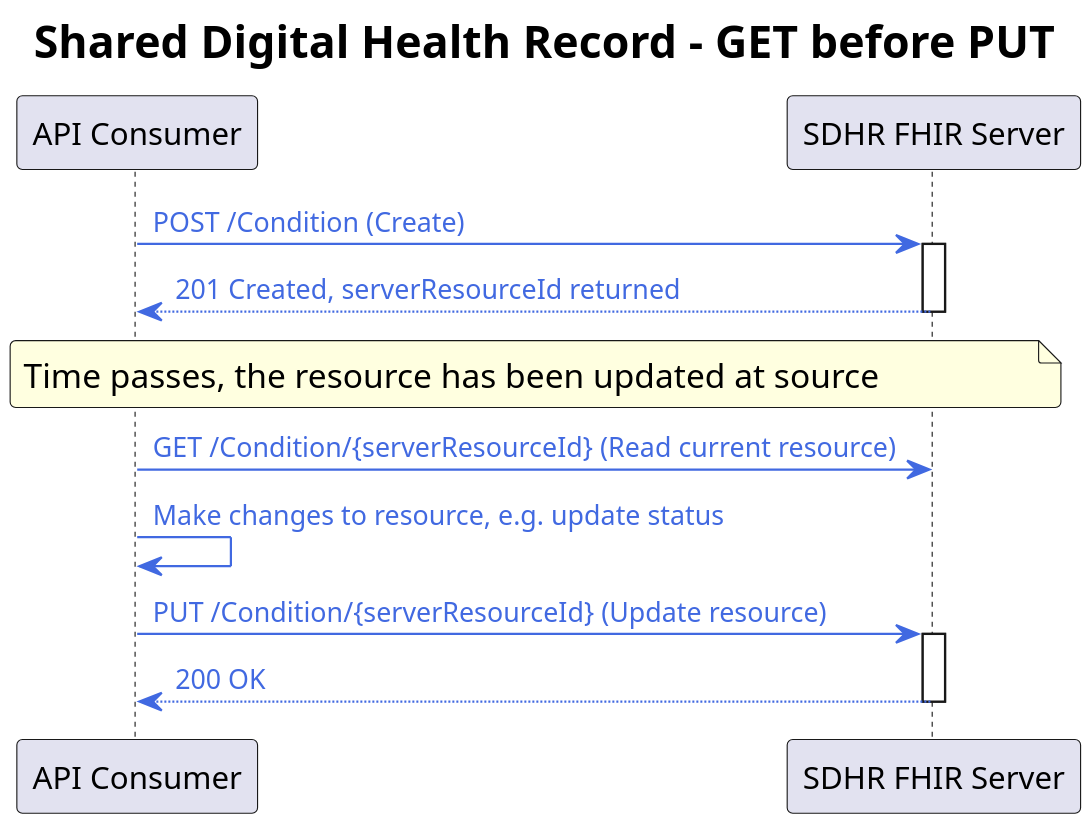
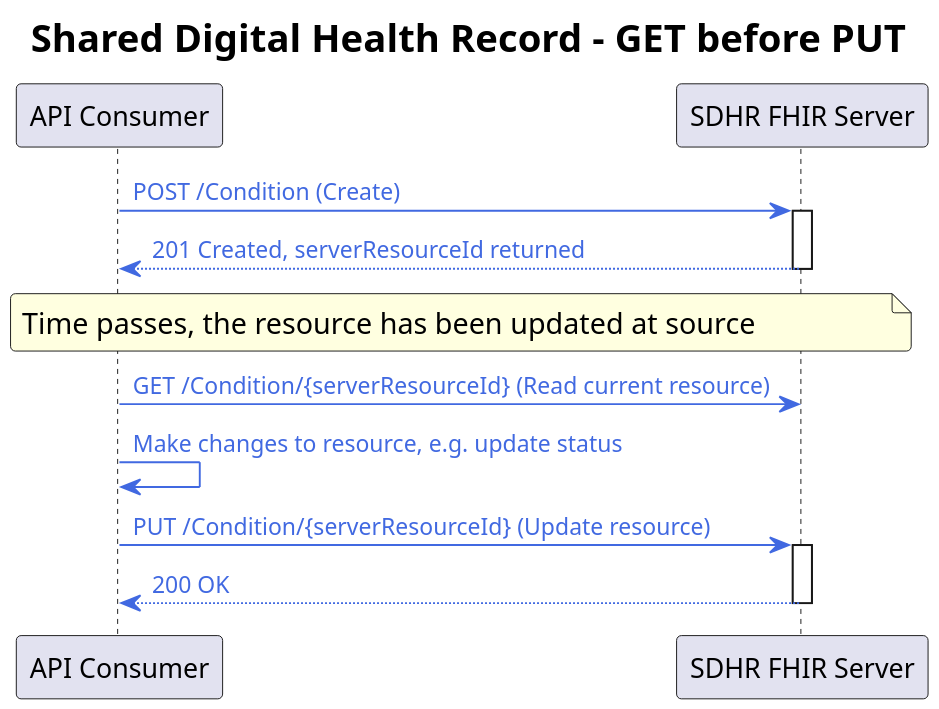
One commit to tewhatuora/fhir-sdhr changed the diagram in input/images-source/get-before-put.plantuml. Above: the diagram before and after it, drawn with PlantUML. The commit also changed 8 other files, not shown here.

```diff
--- a/input/images-source/get-before-put.plantuml
+++ b/input/images-source/get-before-put.plantuml
@@ -1,47 +1,47 @@
 @startuml
 
 skinparam dpi 100 
-scale max 350 width
+scale max 300 width
 
 skinparam ActivityDiamondBackgroundColor #RoyalBlue
 skinparam ArrowColor #RoyalBlue   
 skinparam ArrowFontColor #RoyalBlue   
 skinparam ArrowFontSize 12
 skinparam ArrowMessageAlignment right
 skinparam BoxPadding 10
 skinparam ClassFontSize 16
 skinparam ClassFontStyle bold
 skinparam ClassStereotypeFontSize 16
 skinparam dpi 300
 skinparam FooterFontSize 14
 skinparam FooterFontStyle italic
 skinparam LegendBackgroundColor #Snow
 skinparam LegendFontName Helvetica
 skinparam LegendFontSize 16
 skinparam linetype ortho
 skinparam nodesep 70
 skinparam NoteBackgroundColor #LightYellow
 skinparam NoteFontSize 15
 skinparam NoteTextAlignment left
 skinparam ranksep 60
 skinparam roundcorner 5
 skinparam TitleFontSize 20
 
 title "Shared Digital Health Record - GET before PUT"
 participant "API Consumer" as Client
 participant "SDHR FHIR Server" as Server
 
 Client -> Server: POST /Condition (Create)
 activate Server
 Server --> Client: 201 Created, serverResourceId returned
 deactivate Server
 
 note over Client, Server: Time passes, the resource has been updated at source
 
 Client -> Server: GET /Condition/{serverResourceId} (Read current resource)
 Client -> Client: Make changes to resource, e.g. update status
 Client -> Server: PUT /Condition/{serverResourceId} (Update resource)
 activate Server
 Server --> Client: 200 OK
 deactivate Server
 @enduml
```
